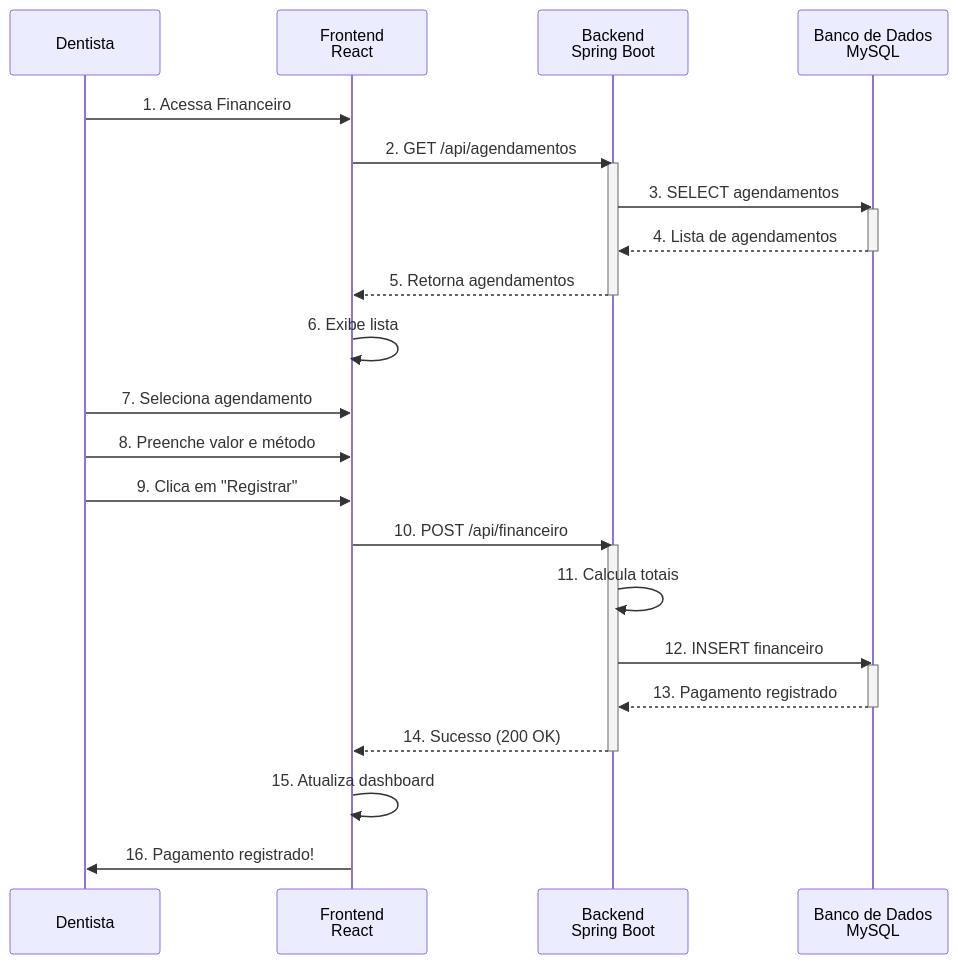
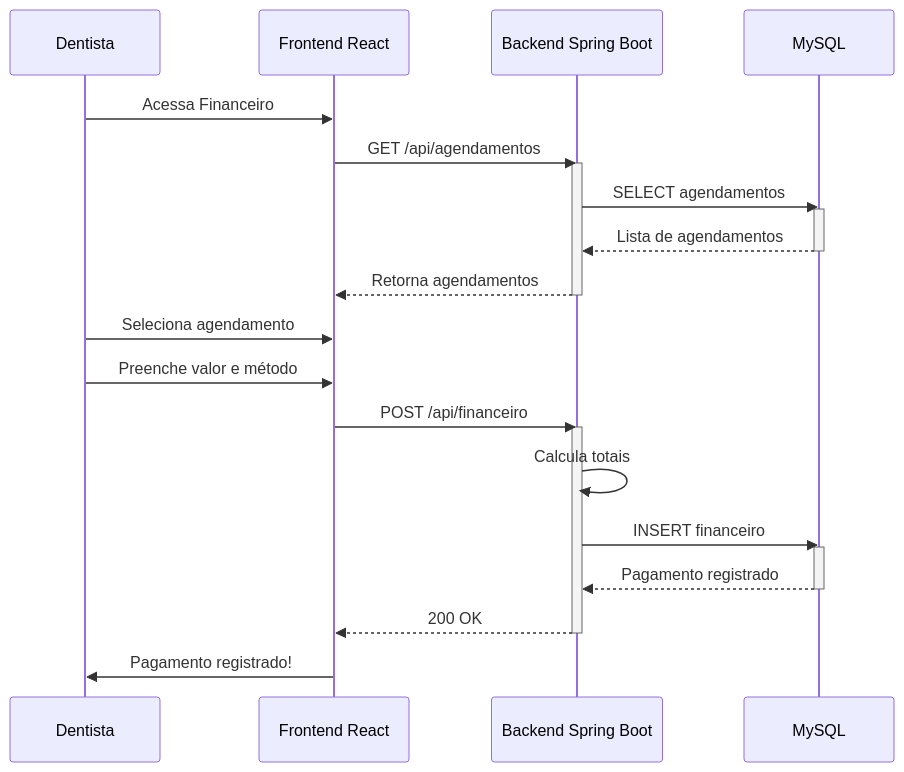
Before and after one commit to grsantos56/clinica-odontologica: the fourth of 9 diagrams in README.md, drawn with Mermaid. The commit also changed other lines of this file, not shown here.

````diff
--- a/README.md
+++ b/README.md
@@ -1533,36 +580,29 @@
 ```mermaid
 sequenceDiagram
     participant Dentista
-    participant Frontend as Frontend<br/>React
-    participant Backend as Backend<br/>Spring Boot
-    participant BD as Banco de Dados<br/>MySQL
+    participant Frontend as Frontend React
+    participant Backend as Backend Spring Boot
+    participant BD as MySQL
 
-    Dentista->>Frontend: 1. Acessa Financeiro
-    Frontend->>Backend: 2. GET /api/agendamentos
+    Dentista->>Frontend: Acessa Financeiro
+    Frontend->>Backend: GET /api/agendamentos
     activate Backend
-    Backend->>BD: 3. SELECT agendamentos
+    Backend->>BD: SELECT agendamentos
     activate BD
-    BD-->>Backend: 4. Lista de agendamentos
+    BD-->>Backend: Lista de agendamentos
     deactivate BD
-    Backend-->>Frontend: 5. Retorna agendamentos
+    Backend-->>Frontend: Retorna agendamentos
     deactivate Backend
-    
-    Frontend->>Frontend: 6. Exibe lista
-    Dentista->>Frontend: 7. Seleciona agendamento
-    Dentista->>Frontend: 8. Preenche valor e método
-    Dentista->>Frontend: 9. Clica em "Registrar"
-    
-    Frontend->>Backend: 10. POST /api/financeiro
+    Dentista->>Frontend: Seleciona agendamento
+    Dentista->>Frontend: Preenche valor e método
+    Frontend->>Backend: POST /api/financeiro
     activate Backend
-    Backend->>Backend: 11. Calcula totais
-    Backend->>BD: 12. INSERT financeiro
+    Backend->>Backend: Calcula totais
+    Backend->>BD: INSERT financeiro
     activate BD
-    BD-->>Backend: 13. Pagamento registrado
+    BD-->>Backend: Pagamento registrado
     deactivate BD
-    Backend-->>Frontend: 14. Sucesso (200 OK)
+    Backend-->>Frontend: 200 OK
     deactivate Backend
-    
-    Frontend->>Frontend: 15. Atualiza dashboard
-    Frontend->>Dentista: 16. Pagamento registrado!
-
+    Frontend->>Dentista: Pagamento registrado!
 ```
````
